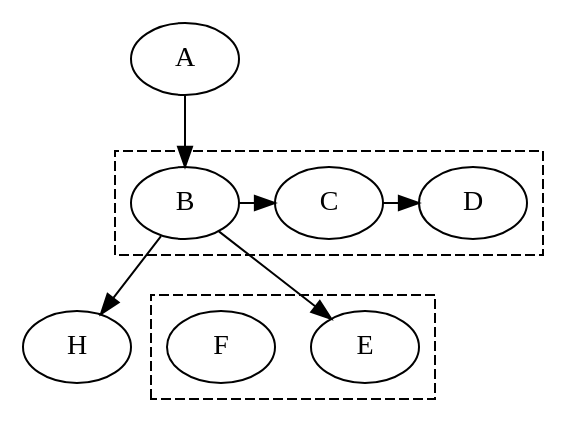
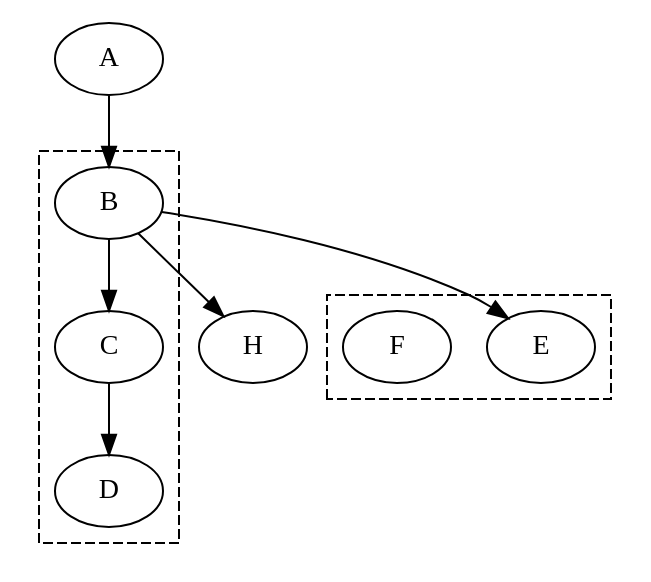
One commit to sisyphus1212/note changed the diagram in dpdk/内存管理.md. Above: the diagram before and after it, drawn with Graphviz.

Commit message:
auto_update

````diff
--- a/dpdk/内存管理.md
+++ b/dpdk/内存管理.md
@@ -16,22 +16,22 @@
 ```graphviz
 digraph {
 
 	A;H;
 	subgraph cluster_a {
 		style = "dashed";
-		{rank="same"; B;C;D}
+		//{rank="same"; B;C;D}
 		B;C;D;
 		B->C->D;
 	}
 	subgraph cluster_b {
 		style = "dashed";
 		E;F;
 	}
 
 	A->B;
 	B->E;
 	B->H;
 }
 
 
 ```
````
